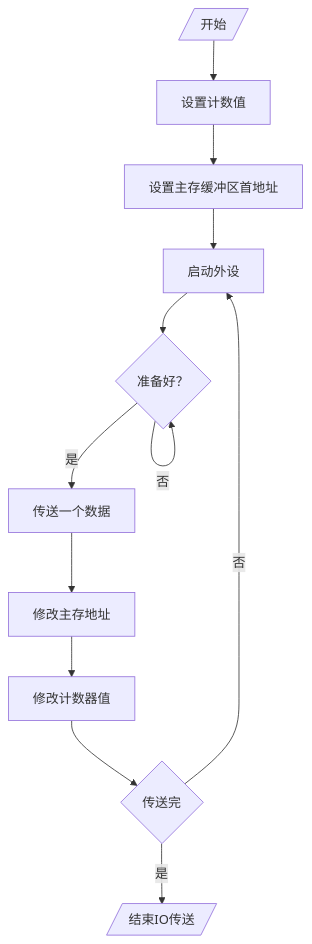
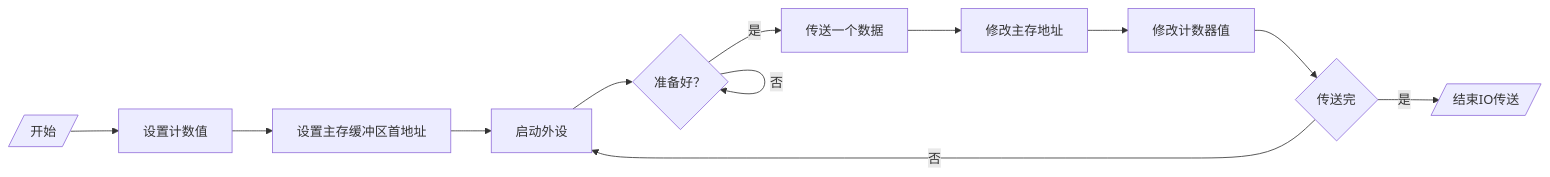
The second of 2 diagrams in 计算机科学/组成/输入输出/5.4 程序查询方式.md (Han-Haocheng/my-note), drawn with Mermaid before and after one commit. The commit also changed other lines of this file, not shown here.

````diff
--- a/计算机科学/组成/输入输出/5.4 程序查询方式.md
+++ b/计算机科学/组成/输入输出/5.4 程序查询方式.md
@@ -39,9 +33,9 @@
 ```mermaid
-graph TD
+graph LR
   A[/开始/]  
   Z[/结束IO传送/]
   
   A-->设置计数值-->设置主存缓冲区首地址-->B[启动外设]-->C{准备好？}-->|是|传送一个数据-->修改主存地址-->修改计数器值-->D{传送完}-->|是|Z
   C-->|否|C
   D-->|否|B
 ```
````
